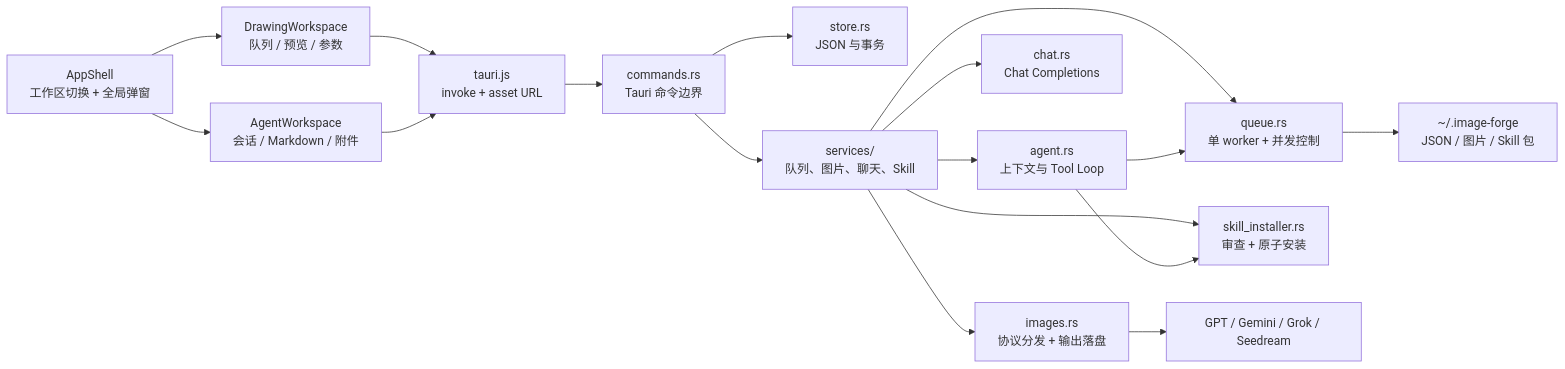
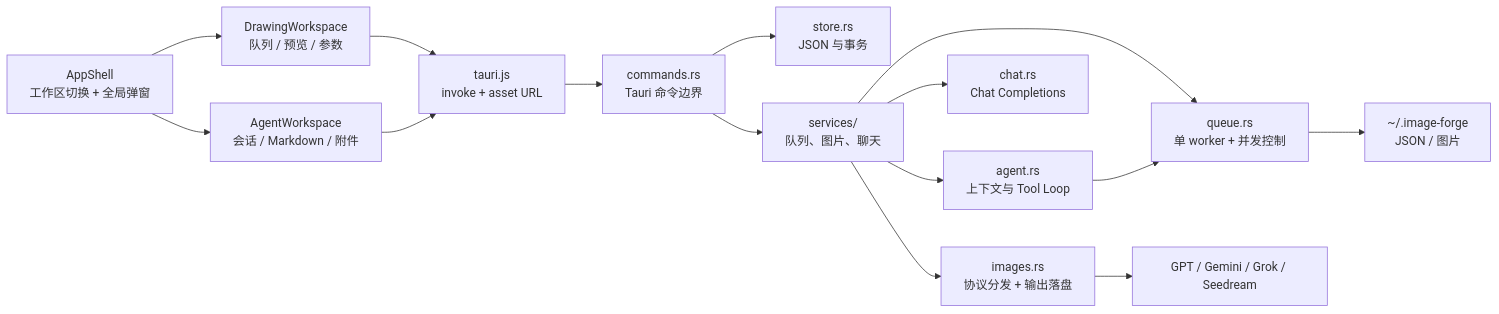
The first of 3 diagrams in docs/technical-design.md (Tairraos/image-forge), drawn with Mermaid before and after one commit. The commit also changed other lines of this file and 31 other files, not shown here.

````diff
--- a/docs/technical-design.md
+++ b/docs/technical-design.md
@@ -23,19 +22,17 @@
 ```mermaid
 flowchart LR
   Shell["AppShell\n工作区切换 + 全局弹窗"] --> Drawing["DrawingWorkspace\n队列 / 预览 / 参数"]
   Shell --> AgentUI["AgentWorkspace\n会话 / Markdown / 附件"]
   Drawing --> Bridge["tauri.js\ninvoke + asset URL"]
   AgentUI --> Bridge
   Bridge --> Commands["commands.rs\nTauri 命令边界"]
   Commands --> Store["store.rs\nJSON 与事务"]
-  Commands --> Services["services/\n队列、图片、聊天、Skill"]
+  Commands --> Services["services/\n队列、图片、聊天"]
   Services --> Queue["queue.rs\n单 worker + 并发控制"]
   Services --> Images["images.rs\n协议分发 + 输出落盘"]
   Services --> Chat["chat.rs\nChat Completions"]
   Services --> Agent["agent.rs\n上下文与 Tool Loop"]
-  Services --> Skills["skill_installer.rs\n审查 + 原子安装"]
   Images --> Providers["GPT / Gemini / Grok / Seedream"]
-  Queue --> Data["~/.image-forge\nJSON / 图片 / Skill 包"]
+  Queue --> Data["~/.image-forge\nJSON / 图片"]
   Agent --> Queue
-  Agent --> Skills
 ```
````
